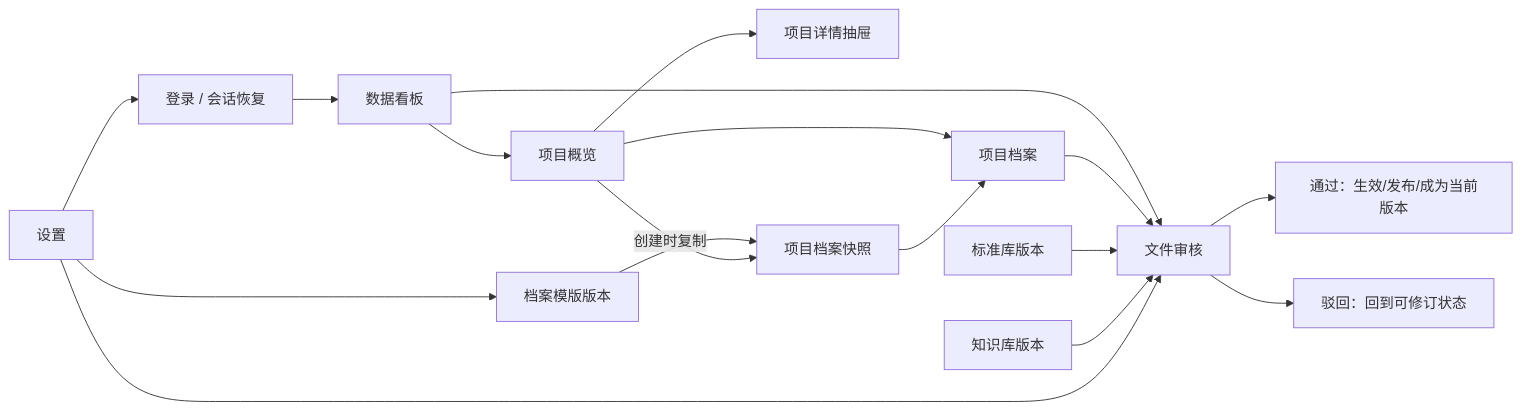
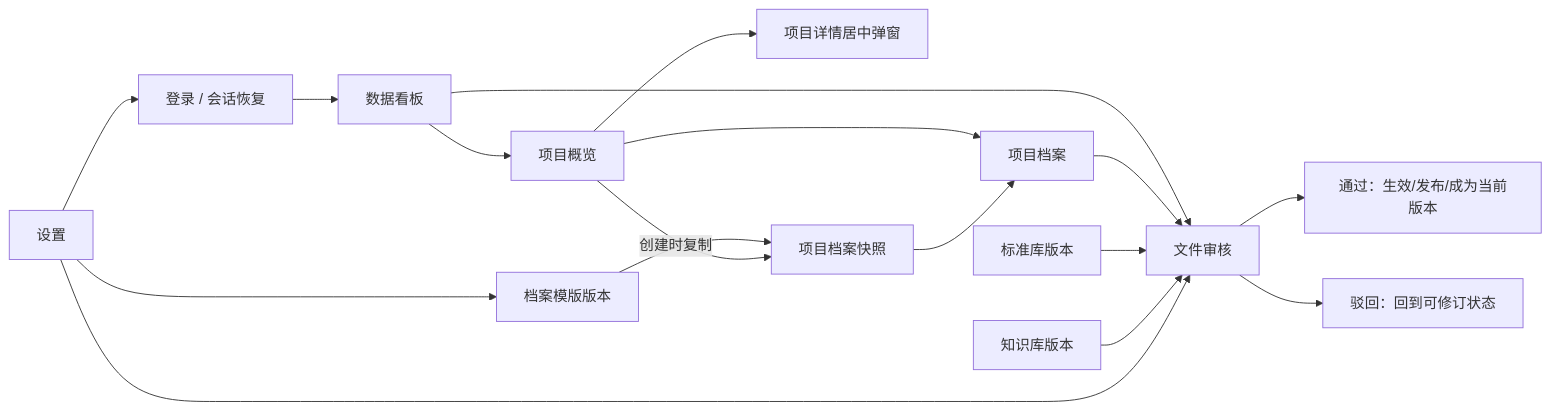
The first of 6 diagrams in docs/frontend-business-flows.md (Tuso520/Delivery-Management-Platform), drawn with Mermaid before and after one commit. The commit also changed other lines of this file and 79 other files, not shown here.

````diff
--- a/docs/frontend-business-flows.md
+++ b/docs/frontend-business-flows.md
@@ -14,19 +14,19 @@
 ```mermaid
 flowchart LR
   Login["登录 / 会话恢复"] --> Dashboard["数据看板"]
   Dashboard --> Projects["项目概览"]
   Dashboard --> Reviews["文件审核"]
-  Projects --> ProjectDetail["项目详情抽屉"]
+  Projects --> ProjectDetail["项目详情居中弹窗"]
   Projects --> Archive["项目档案"]
   ArchiveTemplate["档案模版版本"] --> Snapshot["项目档案快照"]
   Projects -->|"创建时复制"| Snapshot
   Snapshot --> Archive
   Archive --> Reviews
   Standards["标准库版本"] --> Reviews
   Knowledge["知识库版本"] --> Reviews
   Reviews --> Published["通过：生效/发布/成为当前版本"]
   Reviews --> Rejected["驳回：回到可修订状态"]
   Settings["设置"] --> Login
   Settings --> Reviews
   Settings --> ArchiveTemplate
 ```
````
